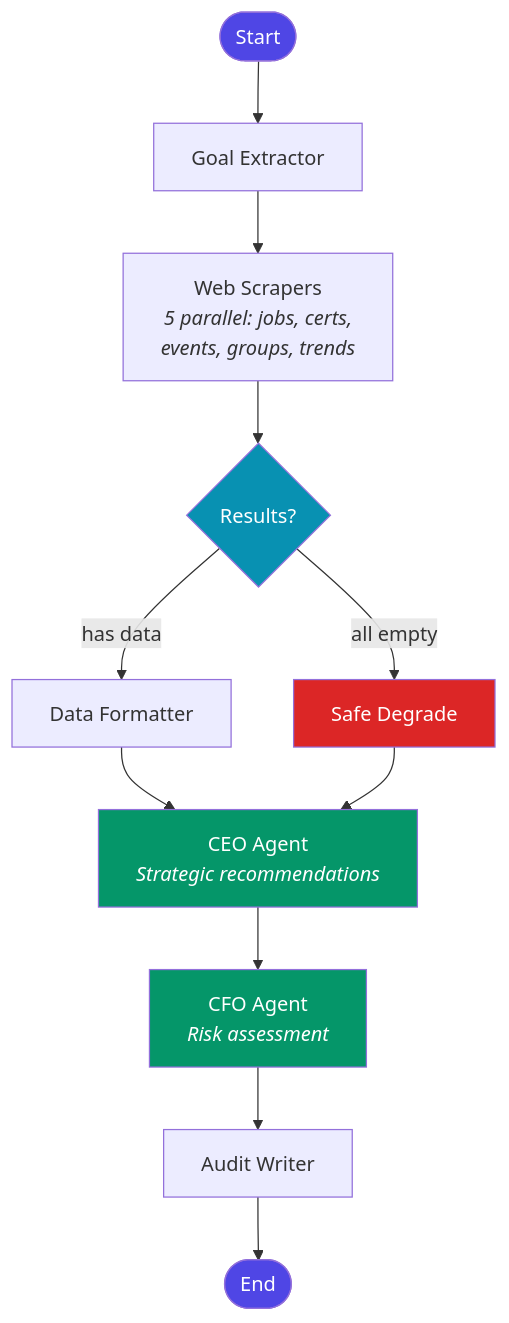
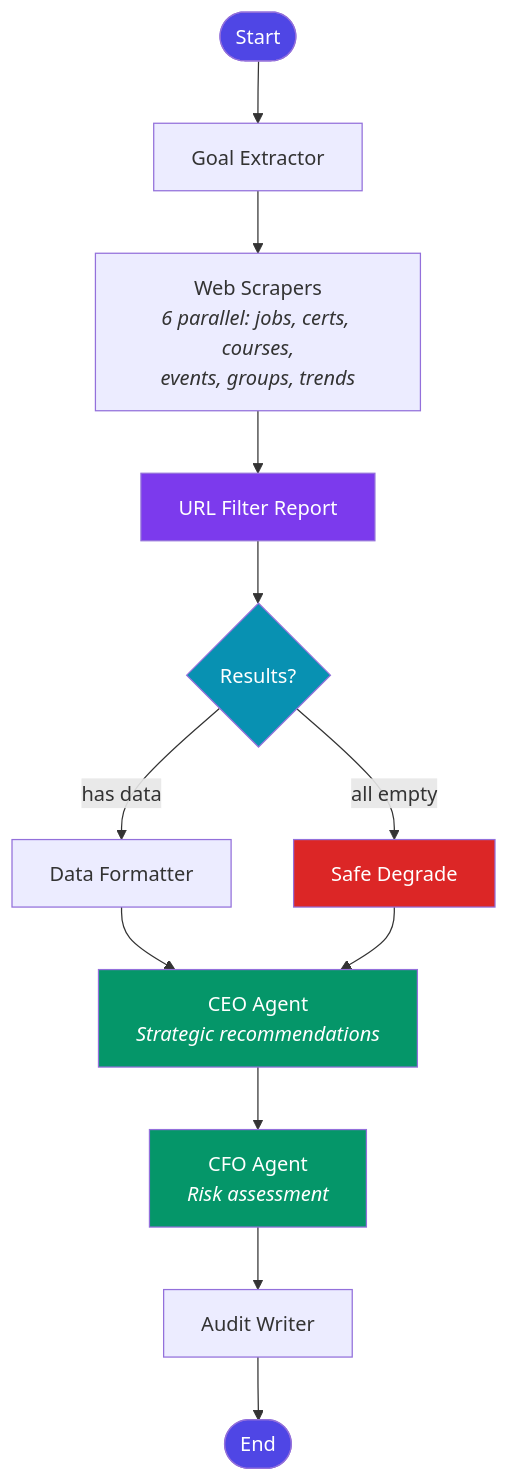
Before and after one commit to CodeMaster10000/ai-executive-assistant: the second of 3 diagrams in README.md, drawn with Mermaid. The commit also changed other lines of this file, not shown here.

````diff
--- a/README.md
+++ b/README.md
@@ -128,20 +149,22 @@
 ```mermaid
 flowchart TD
     A([Start]) --> B[Goal Extractor]
-    B --> C[Web Scrapers<br/><i>5 parallel: jobs, certs,<br/>events, groups, trends</i>]
-    C --> D{Results?}
+    B --> C[Web Scrapers<br/><i>6 parallel: jobs, certs, courses,<br/>events, groups, trends</i>]
+    C --> U[URL Filter Report]
+    U --> D{Results?}
     D -- has data --> E[Data Formatter]
     D -- all empty --> F[Safe Degrade]
     E --> G[CEO Agent<br/><i>Strategic recommendations</i>]
     F --> G
     G --> I[CFO Agent<br/><i>Risk assessment</i>]
     I --> J[Audit Writer]
     J --> K([End])
 
     style A fill:#4f46e5,color:#fff
     style K fill:#4f46e5,color:#fff
+    style U fill:#7c3aed,color:#fff
     style D fill:#0891b2,color:#fff
     style F fill:#dc2626,color:#fff
     style G fill:#059669,color:#fff
     style I fill:#059669,color:#fff
 ```
````
